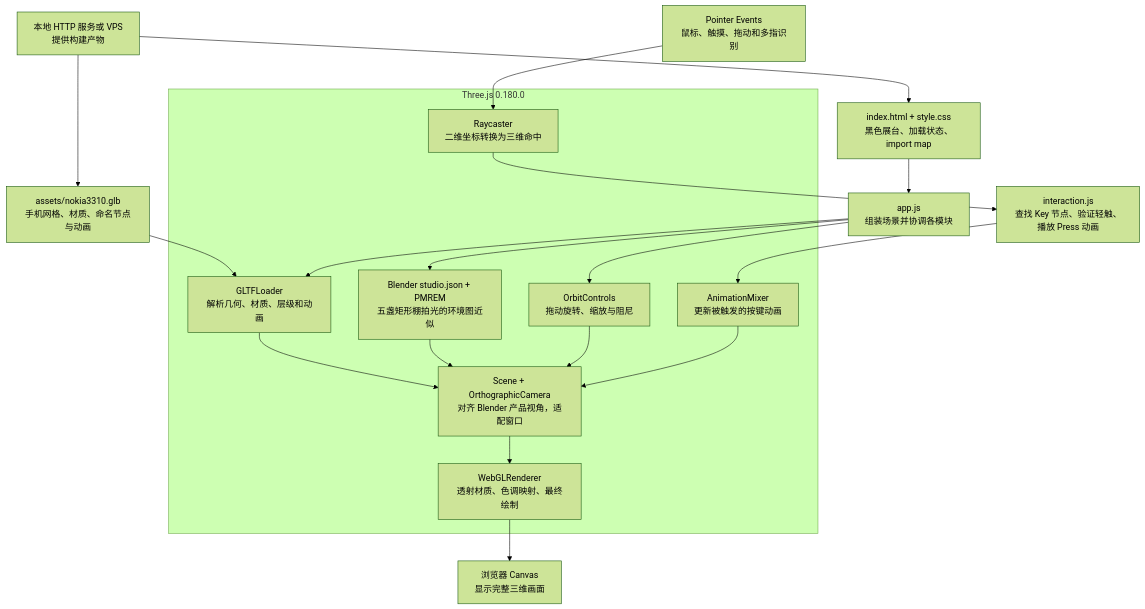
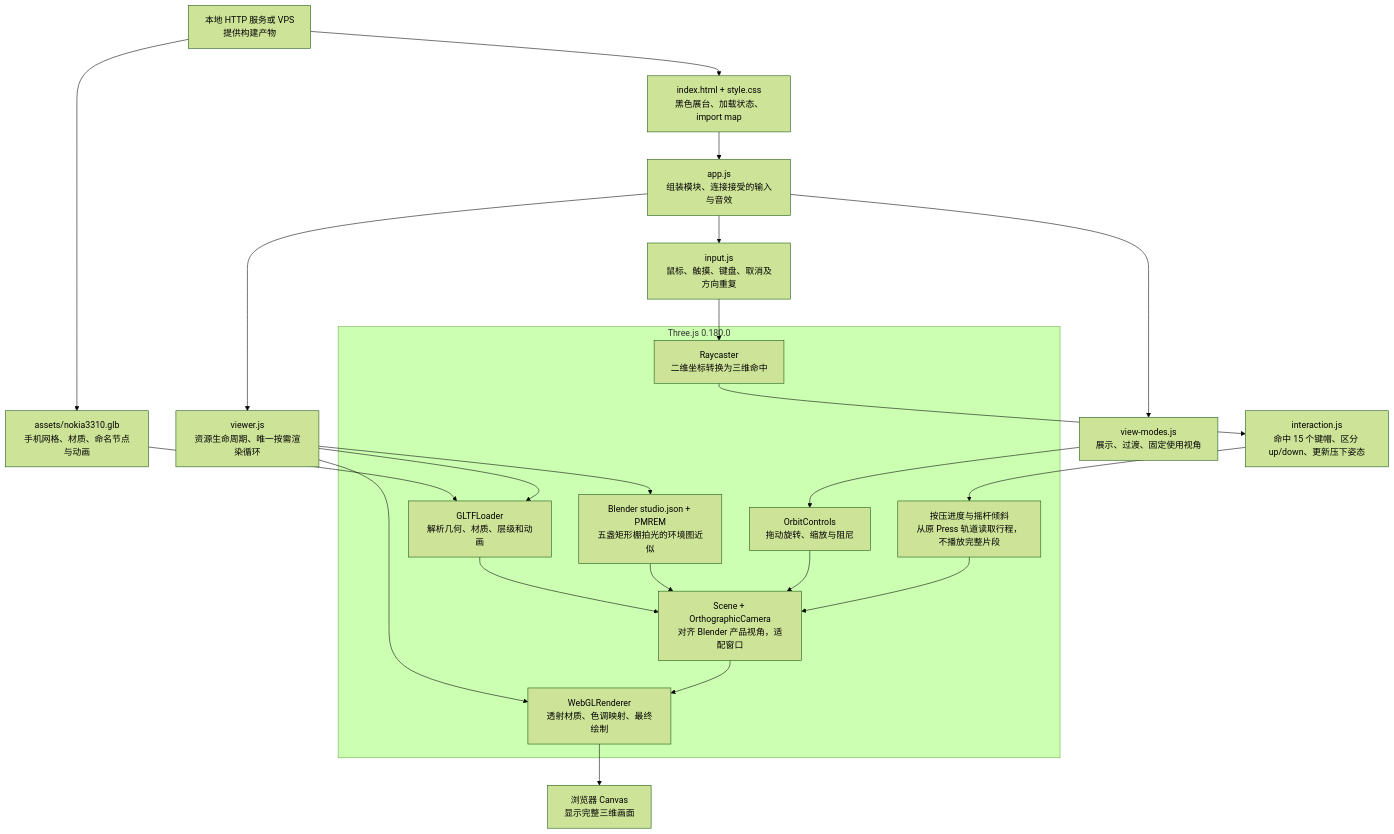
The second of 5 diagrams in README.md (xiaogoulingdi/Nokia3310), drawn with Mermaid (forest theme) before and after one commit. The commit also changed other lines of this file and 25 other files, not shown here.

````diff
--- a/README.md
+++ b/README.md
@@ -94,26 +101,30 @@
 ```mermaid
 flowchart TB
     HTTP["本地 HTTP 服务或 VPS<br/>提供构建产物"]
     HTML["index.html + style.css<br/>黑色展台、加载状态、import map"]
-    Entry["app.js<br/>组装场景并协调各模块"]
+    Entry["app.js<br/>组装模块、连接接受的输入与音效"]
+    Viewer["viewer.js<br/>资源生命周期、唯一按需渲染循环"]
+    Modes["view-modes.js<br/>展示、过渡、固定使用视角"]
     subgraph Three["Three.js 0.180.0"]
         Loader["GLTFLoader<br/>解析几何、材质、层级和动画"]
         Scene["Scene + OrthographicCamera<br/>对齐 Blender 产品视角，适配窗口"]
         Lights["Blender studio.json + PMREM<br/>五盏矩形棚拍光的环境图近似"]
         Controls["OrbitControls<br/>拖动旋转、缩放与阻尼"]
         Ray["Raycaster<br/>二维坐标转换为三维命中"]
-        Mixer["AnimationMixer<br/>更新被触发的按键动画"]
+        Pose["按压进度与摇杆倾斜<br/>从原 Press 轨道读取行程，不播放完整片段"]
         Renderer["WebGLRenderer<br/>透射材质、色调映射、最终绘制"]
     end
     GLB["assets/nokia3310.glb<br/>手机网格、材质、命名节点与动画"]
-    Input["Pointer Events<br/>鼠标、触摸、拖动和多指识别"]
-    Keys["interaction.js<br/>查找 Key 节点、验证轻触、播放 Press 动画"]
+    Input["input.js<br/>鼠标、触摸、键盘、取消及方向重复"]
+    Keys["interaction.js<br/>命中 15 个键帽、区分 up/down、更新压下姿态"]
     Screen["浏览器 Canvas<br/>显示完整三维画面"]
     HTTP --> HTML --> Entry
     HTTP --> GLB --> Loader --> Scene
-    Entry --> Loader
-    Entry --> Lights --> Scene
-    Entry --> Controls --> Scene
-    Input --> Ray --> Keys --> Mixer --> Scene
+    Entry --> Viewer --> Loader
+    Viewer --> Lights --> Scene
+    Entry --> Modes --> Controls --> Scene
+    Entry --> Input
+    Input --> Ray --> Keys --> Pose --> Scene
+    Viewer --> Renderer
     Scene --> Renderer --> Screen
 ```
````
